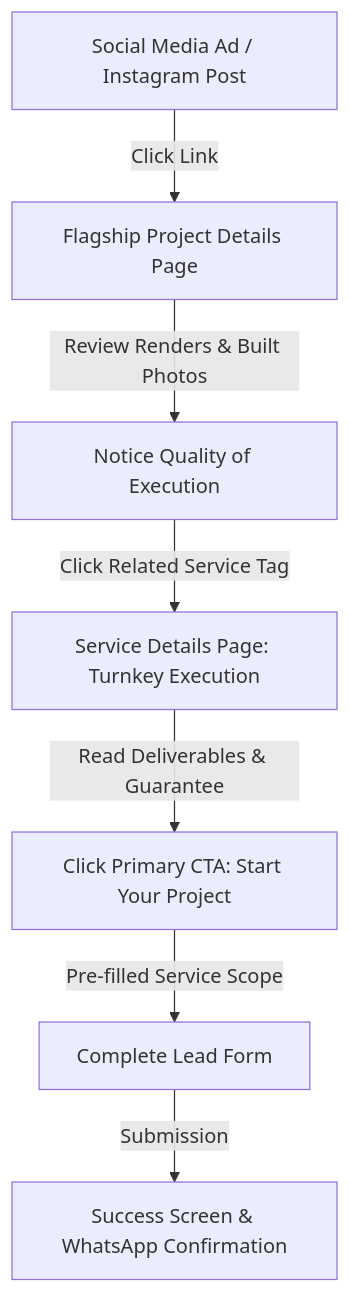
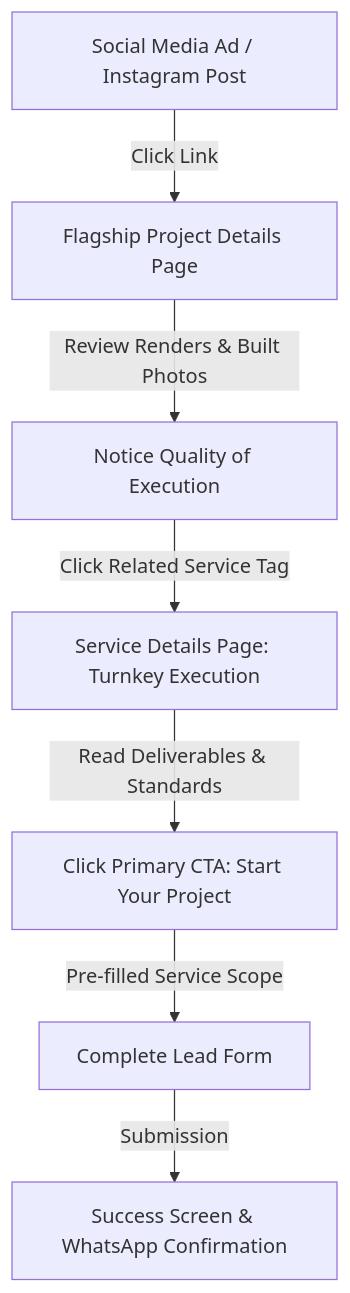
One commit to MooAli49/erum_interior_studio changed the first of 5 diagrams in docs/design/03_page_wireframes.md. Above: the diagram before and after it, drawn with Mermaid. The commit also changed other lines of this file and 7 other files, not shown here.

````diff
--- a/docs/design/03_page_wireframes.md
+++ b/docs/design/03_page_wireframes.md
@@ -910,9 +916,9 @@
 ```mermaid
 graph TD
     A[Social Media Ad / Instagram Post] -->|Click Link| B[Flagship Project Details Page]
     B -->|Review Renders & Built Photos| C[Notice Quality of Execution]
     C -->|Click Related Service Tag| D[Service Details Page: Turnkey Execution]
-    D -->|Read Deliverables & Guarantee| E[Click Primary CTA: Start Your Project]
+    D -->|Read Deliverables & Standards| E[Click Primary CTA: Start Your Project]
     E -->|Pre-filled Service Scope| F[Complete Lead Form]
     F -->|Submission| G[Success Screen & WhatsApp Confirmation]
 ```
````
